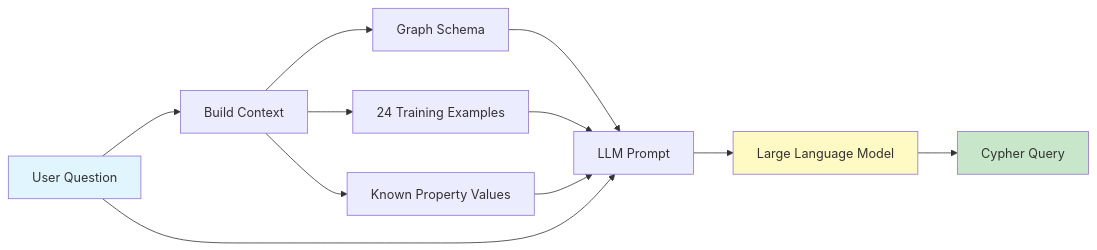
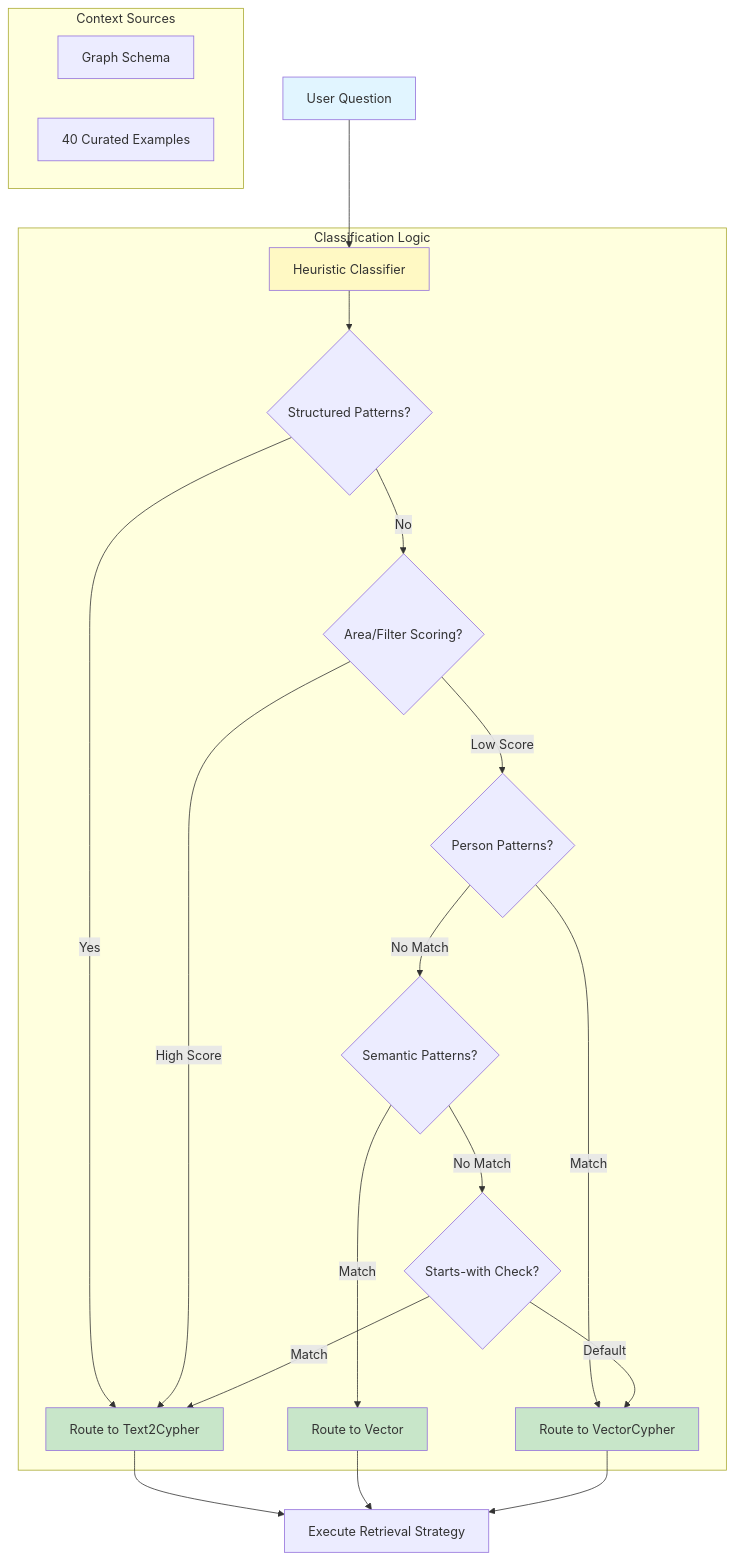
Before and after one commit to sairamreddy77/Investigraph: the seventh of 14 diagrams in docs/MERMAID_DIAGRAMS.md, drawn with Mermaid. The commit also changed other lines of this file and 6 other files, not shown here.

````diff
--- a/docs/MERMAID_DIAGRAMS.md
+++ b/docs/MERMAID_DIAGRAMS.md
@@ -362,20 +356,37 @@
 ```mermaid
-flowchart LR
-    Question[User Question] --> Context[Build Context]
+flowchart TD
+    Question[User Question] --> Heuristic[Heuristic Classifier]
 
-    Context --> Schema[Graph Schema]
-    Context --> Examples[24 Training Examples]
-    Context --> Properties[Known Property Values]
+    subgraph "Classification Logic"
+        Heuristic --> Structured{Structured Patterns?}
+        Structured -->|Yes| T2C[Route to Text2Cypher]
+        Structured -->|No| Area{Area/Filter Scoring?}
+        
+        Area -->|High Score| T2C
+        Area -->|Low Score| Person{Person Patterns?}
+        
+        Person -->|Match| VCR[Route to VectorCypher]
+        Person -->|No Match| Semantic{Semantic Patterns?}
+        
+        Semantic -->|Match| VR[Route to Vector]
+        Semantic -->|No Match| StartsWith{Starts-with Check?}
+        
+        StartsWith -->|Match| T2C
+        StartsWith -->|Default| VCR
+    end
 
-    Schema --> Prompt[LLM Prompt]
-    Examples --> Prompt
-    Properties --> Prompt
-    Question --> Prompt
+    subgraph "Context Sources"
+        Schema[Graph Schema]
+        Examples[40 Curated Examples]
+    end
 
-    Prompt --> LLM[Large Language Model]
-    LLM --> Cypher[Cypher Query]
+    T2C --> Search[Execute Retrieval Strategy]
+    VR --> Search
+    VCR --> Search
 
     style Question fill:#e1f5ff
-    style LLM fill:#fff9c4
-    style Cypher fill:#c8e6c9
+    style Heuristic fill:#fff9c4
+    style T2C fill:#c8e6c9
+    style VR fill:#c8e6c9
+    style VCR fill:#c8e6c9
 ```
````
